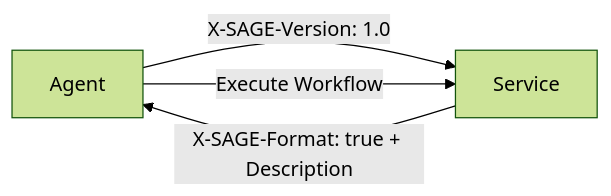
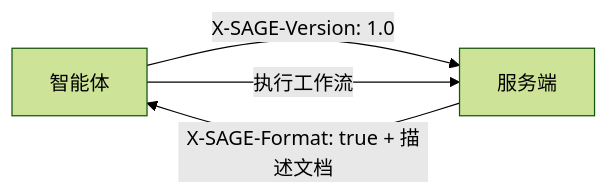
The diagram in README.md (duanshiwen/sage-protocol), drawn with Mermaid (forest theme) before and after one commit. The commit also changed other lines of this file and 5 other files, not shown here.

````diff
--- a/README.md
+++ b/README.md
@@ -15,6 +15,6 @@
 ```mermaid
 graph LR
-    A[Agent] -->|X-SAGE-Version: 1.0| B[Service]
-    B -->|X-SAGE-Format: true + Description| A
-    A -->|Execute Workflow| B
+    A[智能体] -->|X-SAGE-Version: 1.0| B[服务端]
+    B -->|X-SAGE-Format: true + 描述文档| A
+    A -->|执行工作流| B
 ```
````
